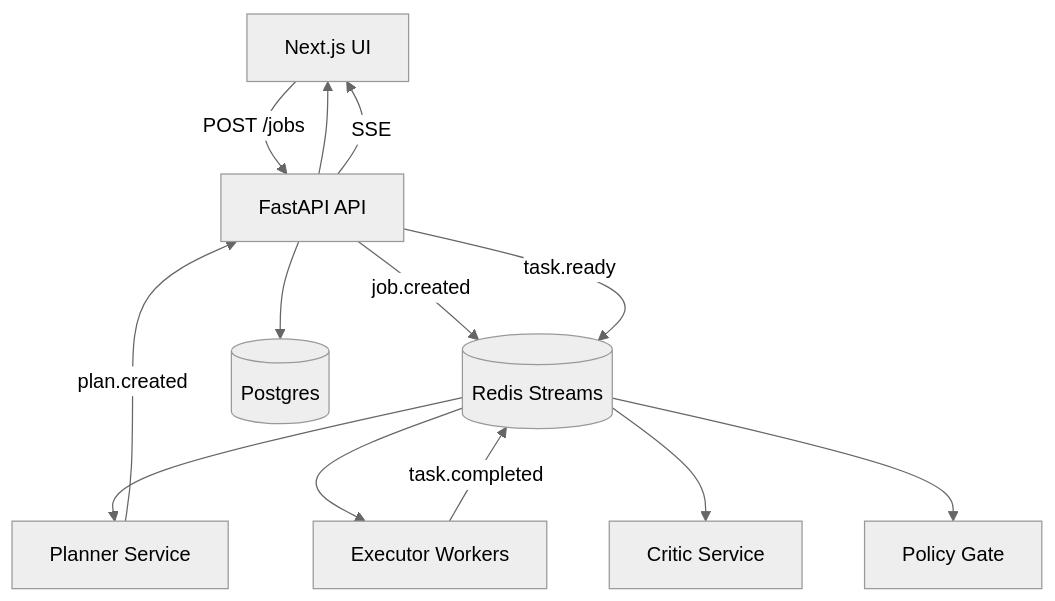
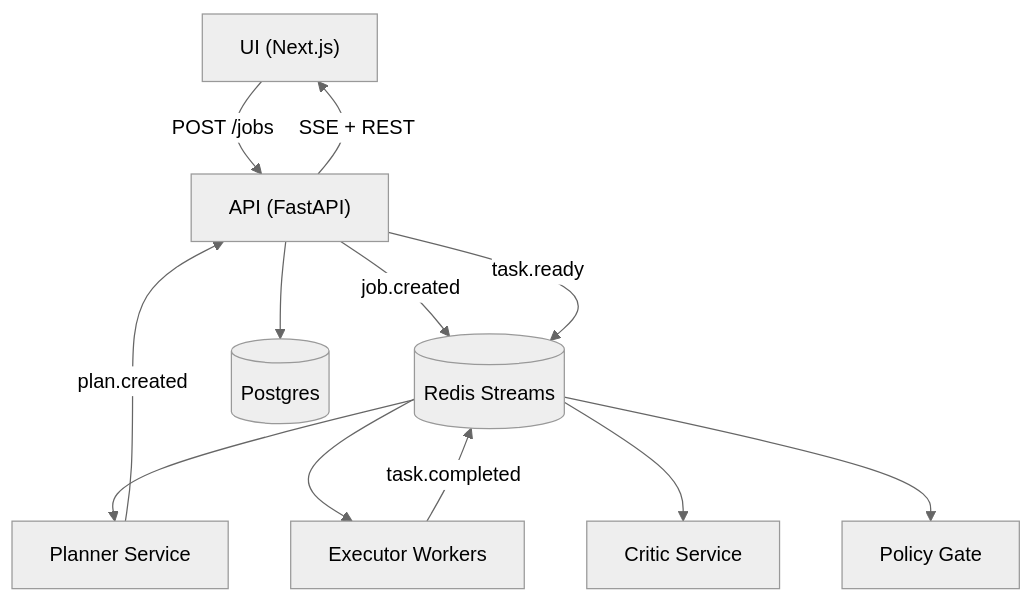
The diagram in README.md (narendersurabhi/planner-executer-agentic-platform), drawn with Mermaid (neutral theme) before and after one commit. The commit also changed other lines of this file, not shown here.

Commit message:
refactored

````diff
--- a/README.md
+++ b/README.md
@@ -18,15 +18,14 @@
 ```mermaid
-graph TD
-  UI[Next.js UI] -->|POST /jobs| API[FastAPI API]
-  API -->|job.created| Redis[(Redis Streams)]
-  Redis --> Planner[Planner Service]
-  Planner -->|plan.created| API
-  API -->|task.ready| Redis
-  Redis --> Worker[Executor Workers]
-  Worker -->|task.completed| Redis
-  Redis --> Critic[Critic Service]
-  Redis --> Policy[Policy Gate]
-  API --> UI
-  API -->|SSE| UI
-  API --> Postgres[(Postgres)]
+flowchart TD
+  UI["UI (Next.js)"] -->|"POST /jobs"| API["API (FastAPI)"]
+  API -->|"job.created"| REDIS[("Redis Streams")]
+  REDIS --> PLANNER["Planner Service"]
+  PLANNER -->|"plan.created"| API
+  API -->|"task.ready"| REDIS
+  REDIS --> WORKER["Executor Workers"]
+  WORKER -->|"task.completed"| REDIS
+  REDIS --> CRITIC["Critic Service"]
+  REDIS --> POLICY["Policy Gate"]
+  API -->|"SSE + REST"| UI
+  API --> PG[("Postgres")]
 ```
````
